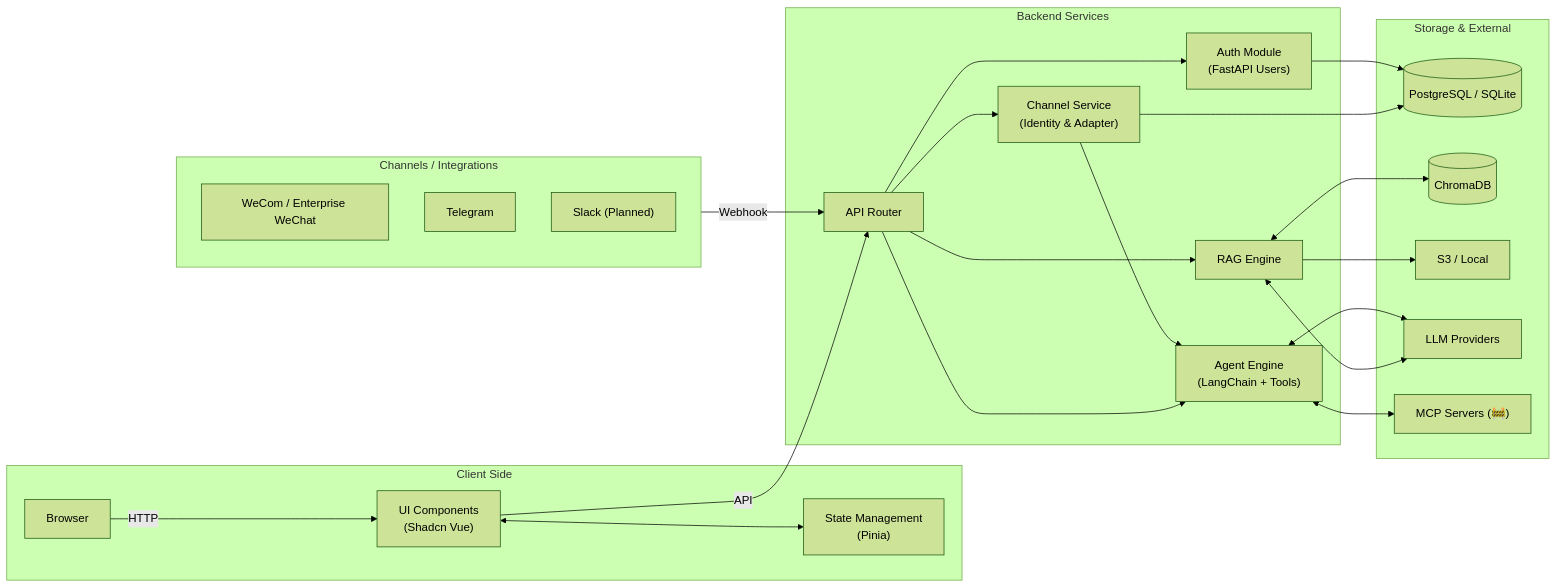
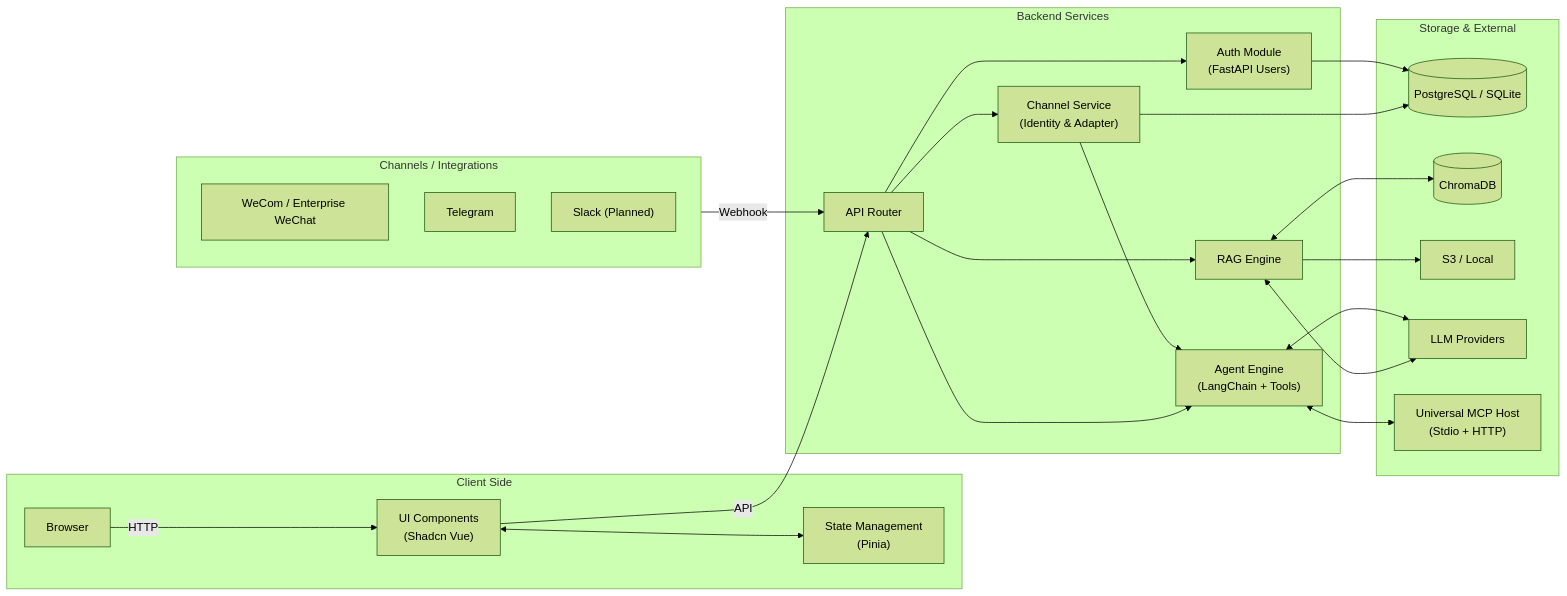
Before and after one commit to riceball-ai/riceball: the diagram in README.md, drawn with Mermaid (forest theme). The commit also changed other lines of this file and 25 other files, not shown here.

````diff
--- a/README.md
+++ b/README.md
@@ -14,51 +14,51 @@
 ```mermaid
 graph LR
     subgraph Client ["Client Side"]
         Browser[Browser]
         UI["UI Components<br/>(Shadcn Vue)"]
         State["State Management<br/>(Pinia)"]
     end
 
     subgraph Channels ["Channels / Integrations"]
         WeCom["WeCom / Enterprise WeChat"]
         Telegram[Telegram]
         Slack["Slack (Planned)"]
     end
 
     subgraph Backend ["Backend Services"]
         API[API Router]
         Auth["Auth Module<br/>(FastAPI Users)"]
         ChannelsSvc["Channel Service<br/>(Identity & Adapter)"]
         RAG[RAG Engine]
         Agent["Agent Engine<br/>(LangChain + Tools)"]
     end
 
     subgraph Infrastructure ["Storage & External"]
         DB[(PostgreSQL / SQLite)]
         VectorDB[(ChromaDB)]
         FileStore["S3 / Local"]
         LLM["LLM Providers"]
-        MCPServers["MCP Servers (🚧)"]
+        MCPServers["Universal MCP Host<br/>(Stdio + HTTP)"]
     end
 
     Browser -->|HTTP| UI
     UI <--> State
     UI -->|API| API
     
     Channels -->|Webhook| API
     API --> ChannelsSvc
     ChannelsSvc --> Agent
     
     API --> Auth
     API --> RAG
     API --> Agent
 
     Agent <--> LLM
     Agent <--> MCPServers
     RAG <--> VectorDB
     RAG <--> LLM
 
     Auth --> DB
     ChannelsSvc --> DB
     RAG --> FileStore
 ```
````
